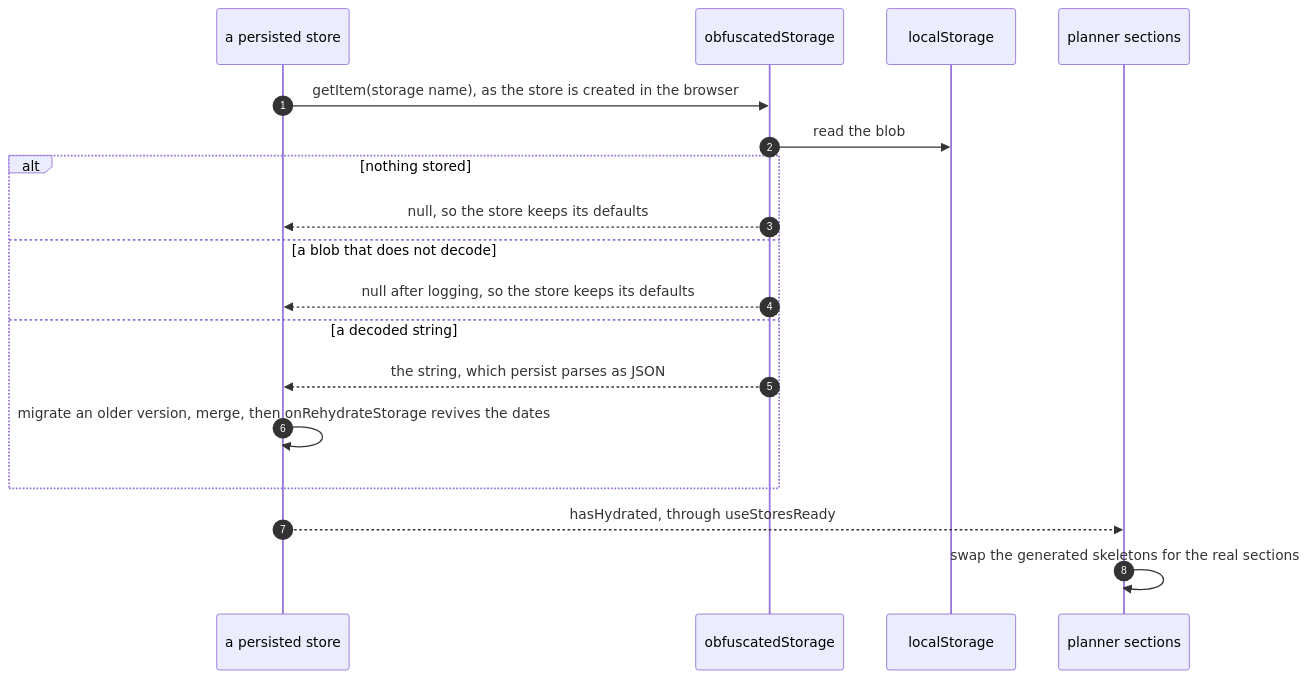
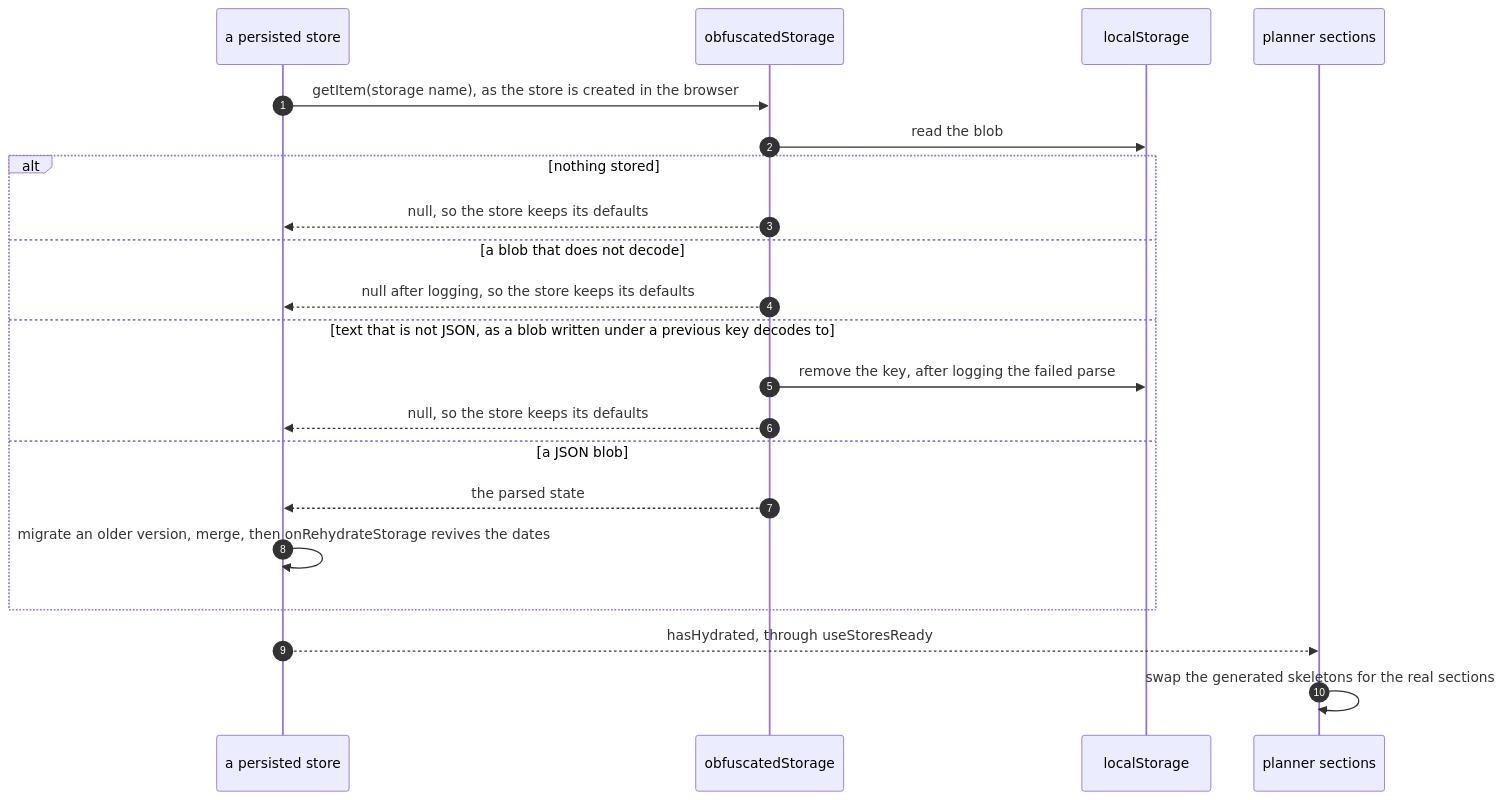
The second of 2 diagrams in apps/docs/src/content/docs/how-it-works/state-stores.mdx (fbuireu/forever-pto), drawn with Mermaid before and after one commit. The commit also changed other lines of this file and 1 other file, not shown here.

Commit message:
docs(docs): say a stored state that does not parse now hydrates the store on its defaults
The rehydration section of the state stores page and the obfuscation note
on the data protection page described the planner staying on its skeletons
until a reload after a blob that decodes but does not parse. The storage
now discards such a value and the store hydrates on its defaults on the
same page view, and a donor's Premium returns at the next gate through the
session check the defaults raise. The sequence diagram gains that branch.

````diff
--- a/apps/docs/src/content/docs/how-it-works/state-stores.mdx
+++ b/apps/docs/src/content/docs/how-it-works/state-stores.mdx
@@ -48,25 +48,28 @@
 ```mermaid
 ---
 config:
   look: handDrawn
   layout: dagre
 ---
 sequenceDiagram
   autonumber
   participant ST as a persisted store
   participant OS as obfuscatedStorage
   participant LS as localStorage
   participant UI as planner sections
   ST->>OS: getItem(storage name), as the store is created in the browser
   OS->>LS: read the blob
   alt nothing stored
     OS-->>ST: null, so the store keeps its defaults
   else a blob that does not decode
     OS-->>ST: null after logging, so the store keeps its defaults
-  else a decoded string
-    OS-->>ST: the string, which persist parses as JSON
+  else text that is not JSON, as a blob written under a previous key decodes to
+    OS->>LS: remove the key, after logging the failed parse
+    OS-->>ST: null, so the store keeps its defaults
+  else a JSON blob
+    OS-->>ST: the parsed state
     ST->>ST: migrate an older version, merge, then onRehydrateStorage revives the dates
   end
   ST-->>UI: hasHydrated, through useStoresReady
   UI->>UI: swap the generated skeletons for the real sections
 ```
````
